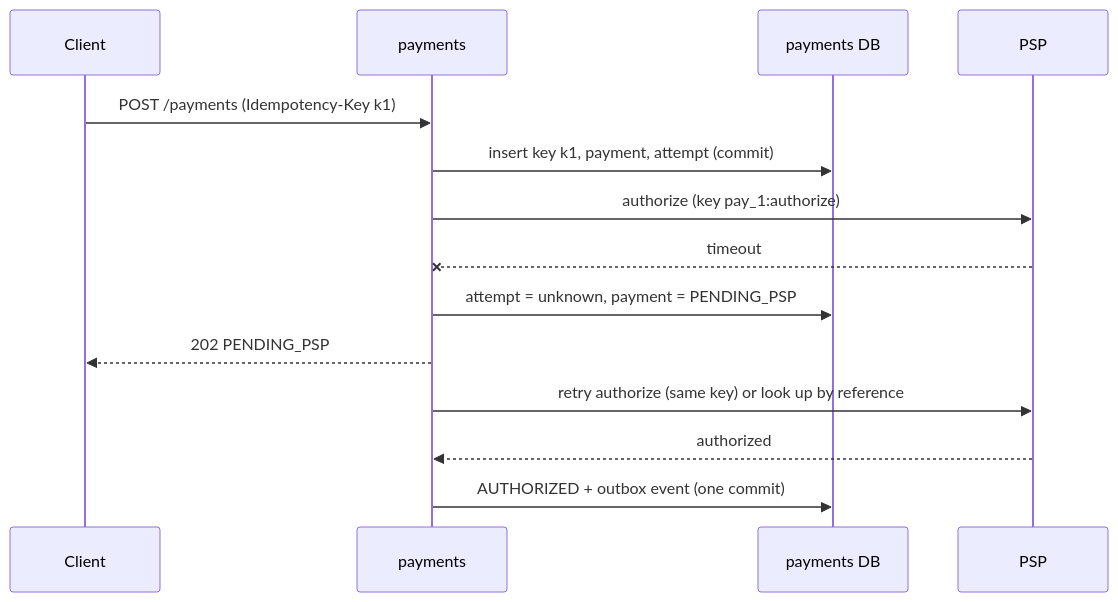
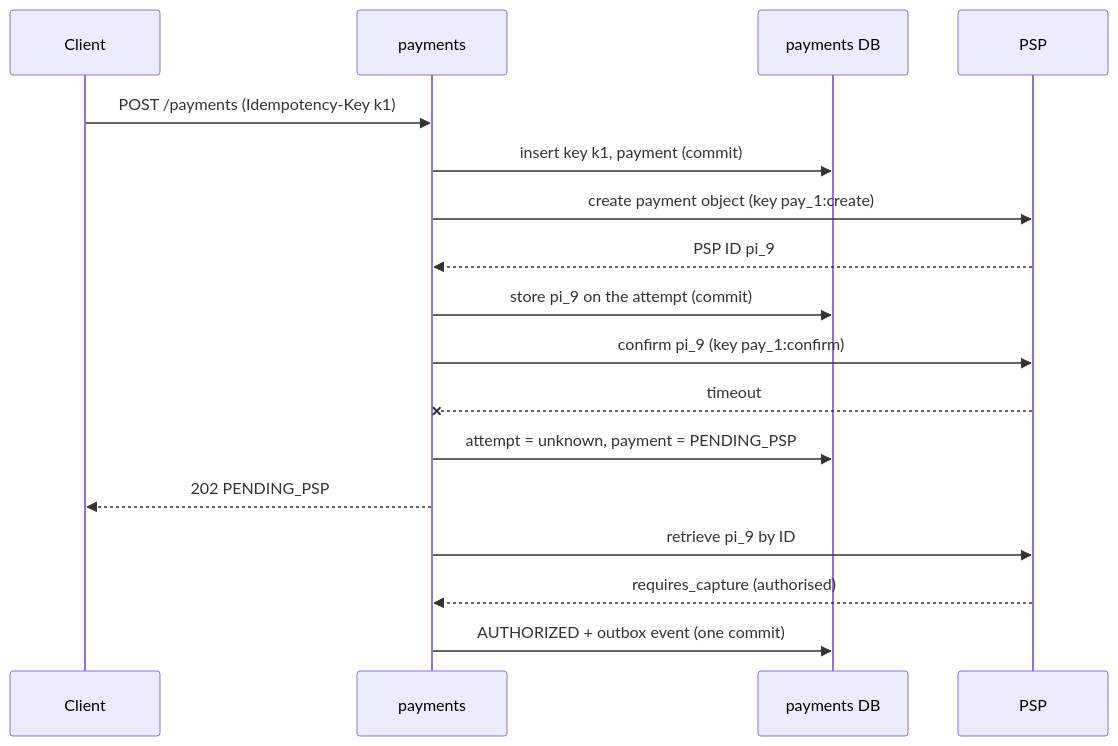
Before and after one commit to EdwinKassier/Ashes-Devops-Tools: the third of 3 diagrams in examples/system-design/06-payment-ledger.md, drawn with Mermaid. The commit also changed other lines of this file, not shown here.

Commit message:
docs(examples): Payment system and ledger review fixes

````diff
--- a/examples/system-design/06-payment-ledger.md
+++ b/examples/system-design/06-payment-ledger.md
@@ -381,16 +385,19 @@
 ```mermaid
 sequenceDiagram
     participant C as Client
     participant P as payments
     participant DB as payments DB
     participant S as PSP
     C->>P: POST /payments (Idempotency-Key k1)
-    P->>DB: insert key k1, payment, attempt (commit)
-    P->>S: authorize (key pay_1:authorize)
+    P->>DB: insert key k1, payment (commit)
+    P->>S: create payment object (key pay_1:create)
+    S-->>P: PSP ID pi_9
+    P->>DB: store pi_9 on the attempt (commit)
+    P->>S: confirm pi_9 (key pay_1:confirm)
     S--xP: timeout
     P->>DB: attempt = unknown, payment = PENDING_PSP
     P-->>C: 202 PENDING_PSP
-    P->>S: retry authorize (same key) or look up by reference
-    S-->>P: authorized
+    P->>S: retrieve pi_9 by ID
+    S-->>P: requires_capture (authorised)
     P->>DB: AUTHORIZED + outbox event (one commit)
 ```
````
